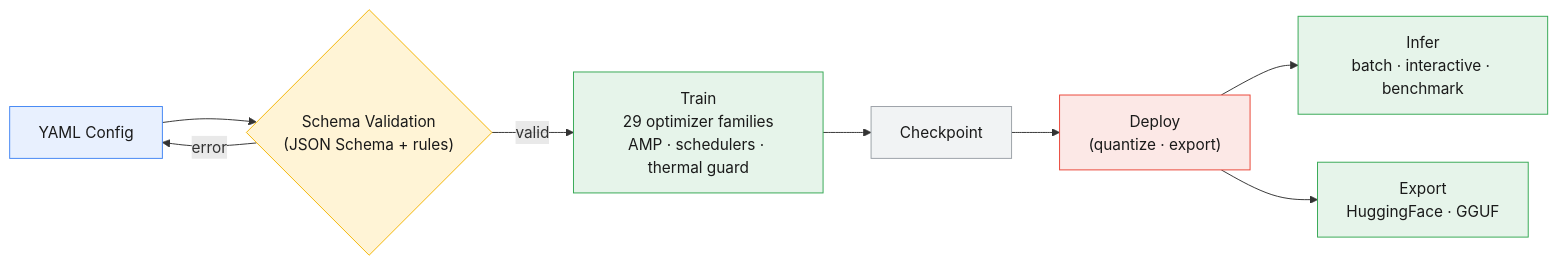
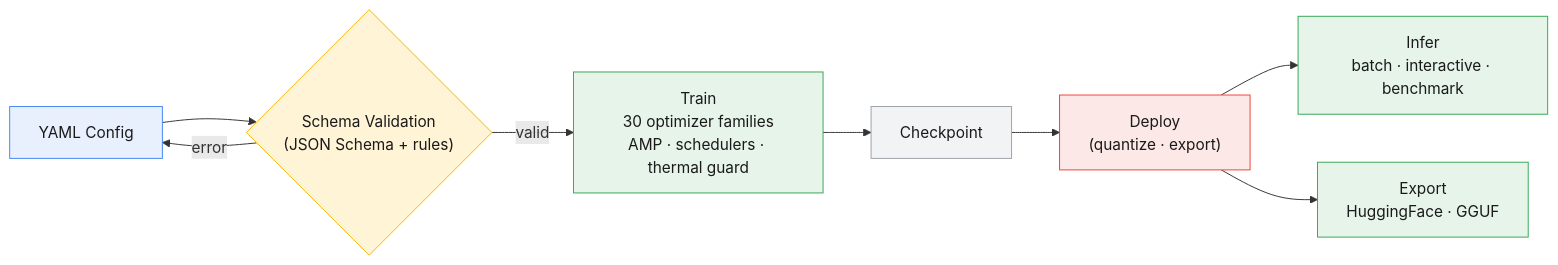
Before and after one commit to erickfmm/frankenstein-transformer: the first of 2 diagrams in README.md, drawn with Mermaid. The commit also changed other lines of this file and 22 other files, not shown here.

````diff
--- a/README.md
+++ b/README.md
@@ -24,18 +24,18 @@
 ```mermaid
 flowchart LR
     A["YAML Config"] --> B{"Schema Validation<br/>(JSON Schema + rules)"}
-    B -- valid --> C["Train<br/>29 optimizer families<br/>AMP · schedulers · thermal guard"]
+    B -- valid --> C["Train<br/>30 optimizer families<br/>AMP · schedulers · thermal guard"]
     B -- error --> A
     C --> D["Checkpoint"]
     D --> E["Deploy<br/>(quantize · export)"]
     E --> F["Infer<br/>batch · interactive · benchmark"]
     E --> G["Export<br/>HuggingFace · GGUF"]
 
     style A fill:#e8f0fe,stroke:#4285f4,color:#1a1a1a
     style B fill:#fff4d6,stroke:#f4b400,color:#1a1a1a
     style C fill:#e6f4ea,stroke:#34a853,color:#1a1a1a
     style D fill:#f1f3f4,stroke:#9aa0a6,color:#1a1a1a
     style E fill:#fce8e6,stroke:#ea4335,color:#1a1a1a
     style F fill:#e6f4ea,stroke:#34a853,color:#1a1a1a
     style G fill:#e6f4ea,stroke:#34a853,color:#1a1a1a
 ```
````
